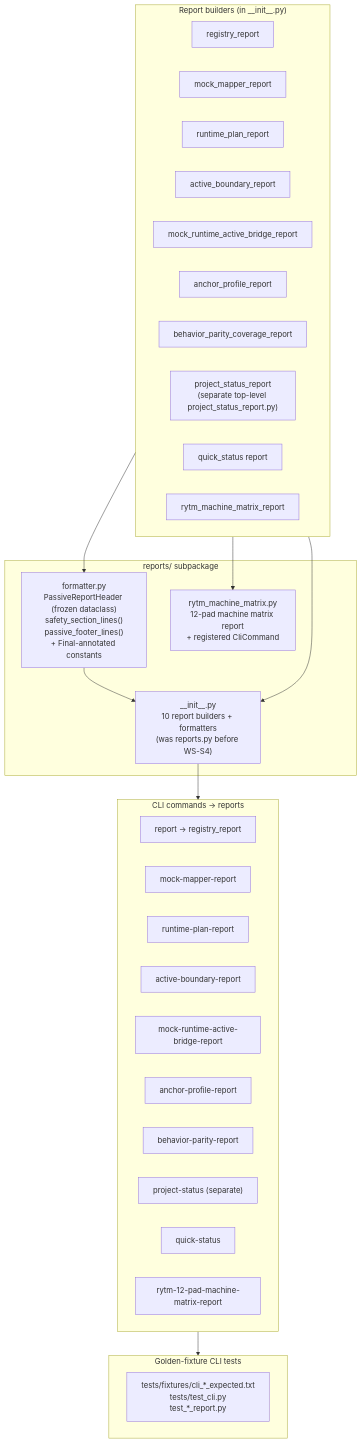
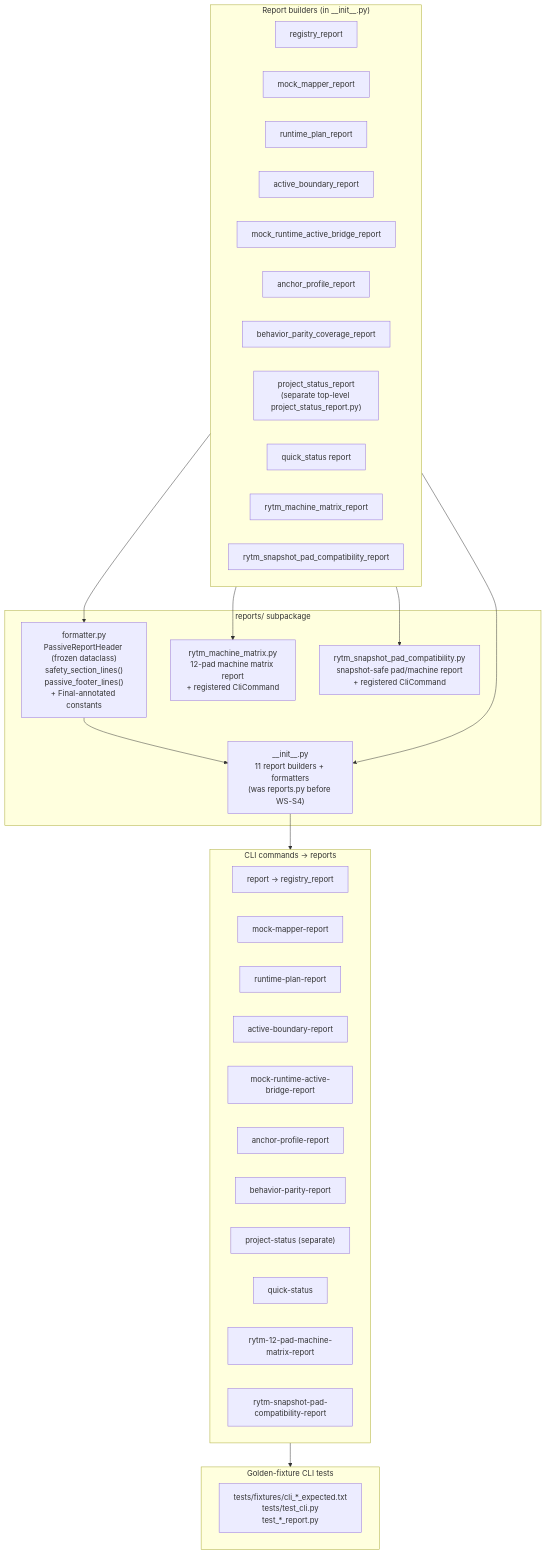
Before and after one commit to buzzijose-hub/RytmRandomizer: diagram 20 of 26 in docs/ARCHITECTURE_DIAGRAMS.md, drawn with Mermaid. The commit also changed other lines of this file, not shown here.

Commit message:
docs: add snapshot compatibility report to diagrams

````diff
--- a/docs/ARCHITECTURE_DIAGRAMS.md
+++ b/docs/ARCHITECTURE_DIAGRAMS.md
@@ -1181,46 +1183,50 @@
 ```mermaid
 flowchart TB
     subgraph ReportsPkg["reports/ subpackage"]
-        Init["__init__.py<br/>10 report builders + formatters<br/>(was reports.py before WS-S4)"]
+        Init["__init__.py<br/>11 report builders + formatters<br/>(was reports.py before WS-S4)"]
         Formatter["formatter.py<br/>PassiveReportHeader (frozen dataclass)<br/>safety_section_lines()<br/>passive_footer_lines()<br/>+ Final-annotated constants"]
         MatrixModule["rytm_machine_matrix.py<br/>12-pad machine matrix report<br/>+ registered CliCommand"]
+        SnapshotModule["rytm_snapshot_pad_compatibility.py<br/>snapshot-safe pad/machine report<br/>+ registered CliCommand"]
     end
 
     subgraph Reports["Report builders (in __init__.py)"]
         R1["registry_report"]
         R2["mock_mapper_report"]
         R3["runtime_plan_report"]
         R4["active_boundary_report"]
         R5["mock_runtime_active_bridge_report"]
         R6["anchor_profile_report"]
         R7["behavior_parity_coverage_report"]
         R8["project_status_report<br/>(separate top-level project_status_report.py)"]
         R9["quick_status report"]
         R10["rytm_machine_matrix_report"]
+        R11["rytm_snapshot_pad_compatibility_report"]
     end
 
     subgraph CLICmds["CLI commands → reports"]
         C1["report → registry_report"]
         C2["mock-mapper-report"]
         C3["runtime-plan-report"]
         C4["active-boundary-report"]
         C5["mock-runtime-active-bridge-report"]
         C6["anchor-profile-report"]
         C7["behavior-parity-report"]
         C8["project-status (separate)"]
         C9["quick-status"]
         C10["rytm-12-pad-machine-matrix-report"]
+        C11["rytm-snapshot-pad-compatibility-report"]
     end
 
     subgraph Fixtures["Golden-fixture CLI tests"]
         GoldenTests["tests/fixtures/cli_*_expected.txt<br/>tests/test_cli.py<br/>test_*_report.py"]
     end
 
     Reports --> Formatter
     Reports --> MatrixModule
+    Reports --> SnapshotModule
     Formatter --> Init
     Reports --> Init
 
     Init --> CLICmds
     CLICmds --> Fixtures
 ```
````
